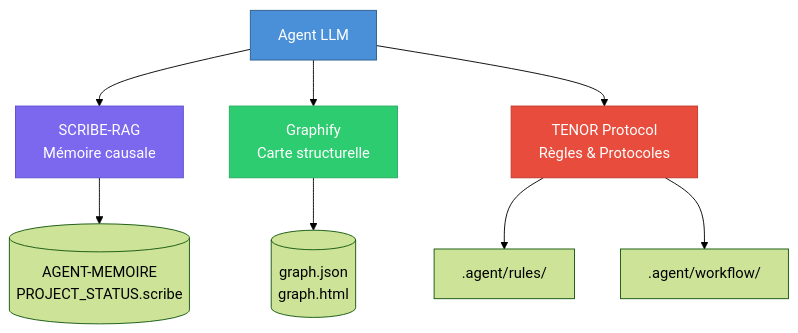
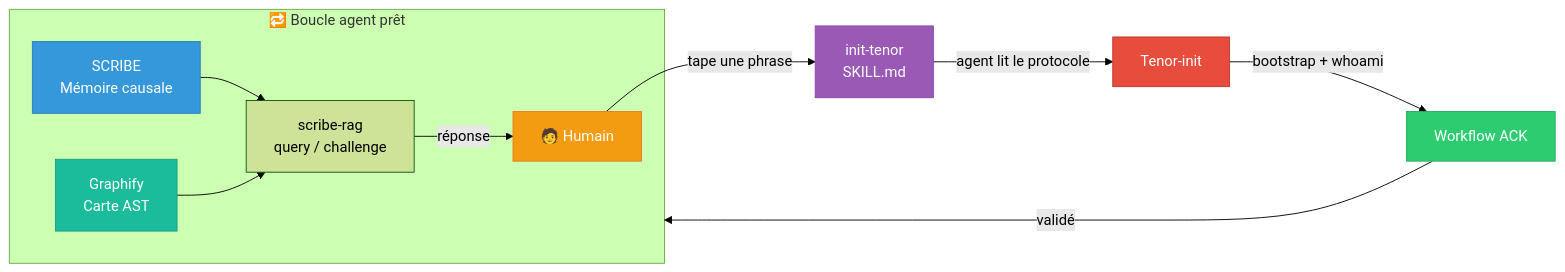
The diagram in README.md (jackjosias/agent-scribe-graphify), drawn with Mermaid (forest theme) before and after one commit. The commit also changed other lines of this file, not shown here.

Commit message:
docs(readme): rewrite architecture with init-tenor + full tree

````diff
--- a/README.md
+++ b/README.md
@@ -24,15 +58,20 @@
 ```mermaid
-graph TD
-    A[Agent LLM] --> B[SCRIBE-RAG<br/>Mémoire causale]
-    A --> C[Graphify<br/>Carte structurelle]
-    A --> D[TENOR Protocol<br/>Règles & Protocoles]
-    B --> E[(AGENT-MEMOIRE<br/>PROJECT_STATUS.scribe)]
-    C --> F[(graph.json<br/>graph.html)]
-    D --> G[.agent/rules/]
-    D --> H[.agent/workflow/]
+graph LR
+    H[🧑 Humain] -->|tape une phrase| I[init-tenor<br/>SKILL.md]
+    I -->|agent lit le protocole| T[Tenor-init]
+    T -->|bootstrap + whoami| W[Workflow ACK]
+    W -->|validé| R[🔁 Boucle agent]
 
-    style A fill:#4a90d9,stroke:#2c5f8a,color:#fff
-    style B fill:#7b68ee,stroke:#5a4fcf,color:#fff
-    style C fill:#2ecc71,stroke:#27ae60,color:#fff
-    style D fill:#e74c3c,stroke:#c0392b,color:#fff
+    subgraph R[🔁 Boucle agent prêt]
+        S[SCRIBE<br/>Mémoire causale] --> Q[scribe-rag<br/>query / challenge]
+        G[Graphify<br/>Carte AST] --> Q
+        Q -->|réponse| H
+    end
+
+    style H fill:#f39c12,stroke:#e67e22,color:#fff
+    style I fill:#9b59b6,stroke:#8e44ad,color:#fff
+    style T fill:#e74c3c,stroke:#c0392b,color:#fff
+    style W fill:#2ecc71,stroke:#27ae60,color:#fff
+    style S fill:#3498db,stroke:#2980b9,color:#fff
+    style G fill:#1abc9c,stroke:#16a085,color:#fff
 ```
````
